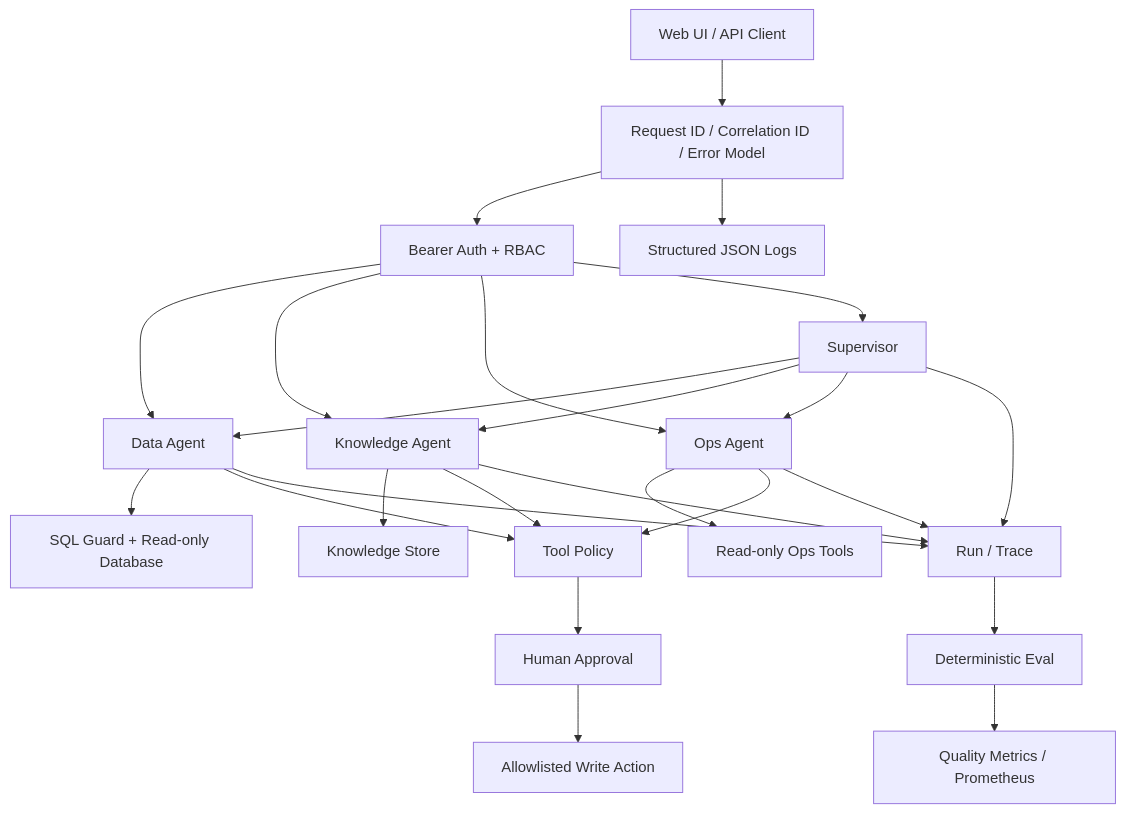
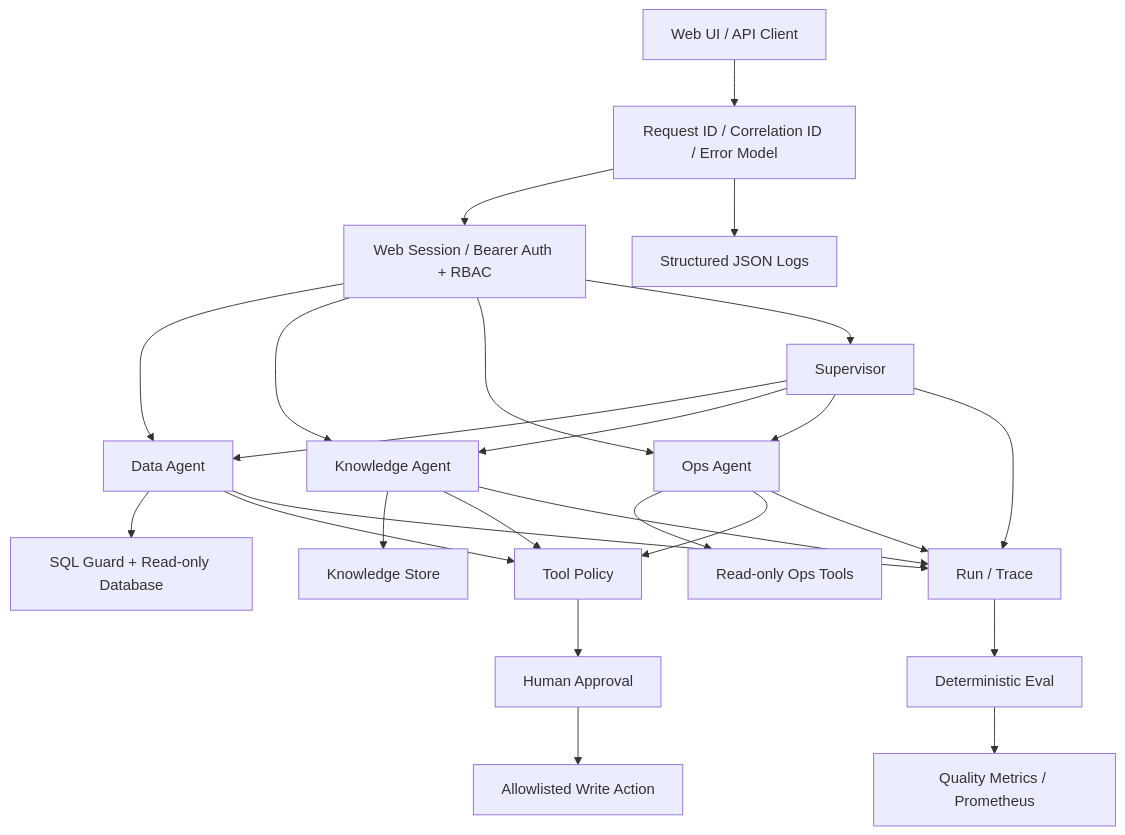
The first of 3 diagrams in docs/ARCHITECTURE.md (yvanu/enterprise-agent-platform), drawn with Mermaid before and after one commit. The commit also changed other lines of this file and 5 other files, not shown here.

````diff
--- a/docs/ARCHITECTURE.md
+++ b/docs/ARCHITECTURE.md
@@ -5,34 +5,34 @@
 ```mermaid
 flowchart TB
   CLIENT[Web UI / API Client] --> HTTP[Request ID / Correlation ID / Error Model]
-  HTTP --> AUTH[Bearer Auth + RBAC]
+  HTTP --> AUTH[Web Session / Bearer Auth + RBAC]
 
   AUTH --> DATA[Data Agent]
   AUTH --> KNOW[Knowledge Agent]
   AUTH --> OPS[Ops Agent]
   AUTH --> SUP[Supervisor]
 
   SUP --> DATA
   SUP --> KNOW
   SUP --> OPS
 
   DATA --> SQL[SQL Guard + Read-only Database]
   KNOW --> KS[Knowledge Store]
   OPS --> OT[Read-only Ops Tools]
 
   DATA --> POLICY[Tool Policy]
   KNOW --> POLICY
   OPS --> POLICY
 
   POLICY --> APPROVAL[Human Approval]
   APPROVAL --> ACTION[Allowlisted Write Action]
 
   DATA --> RUNS[Run / Trace]
   KNOW --> RUNS
   OPS --> RUNS
   SUP --> RUNS
 
   HTTP --> LOGS[Structured JSON Logs]
   RUNS --> EVAL[Deterministic Eval]
   EVAL --> METRICS[Quality Metrics / Prometheus]
 ```
````
